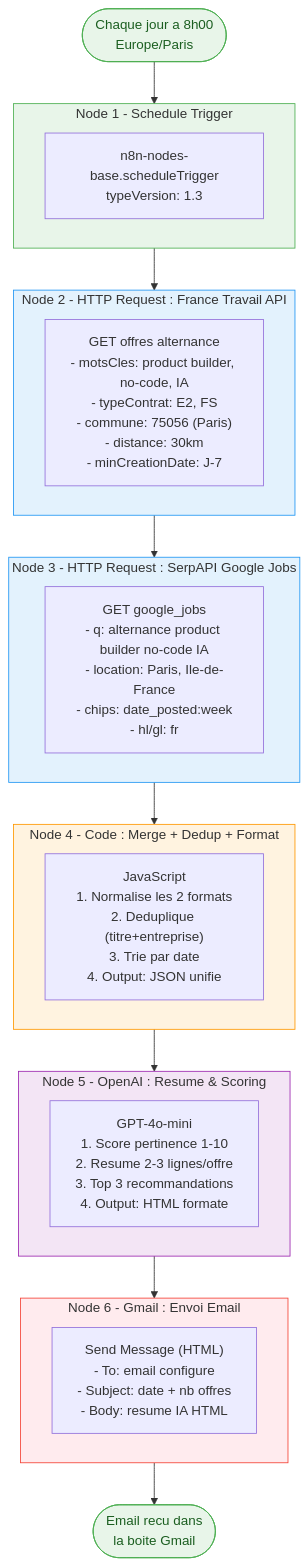
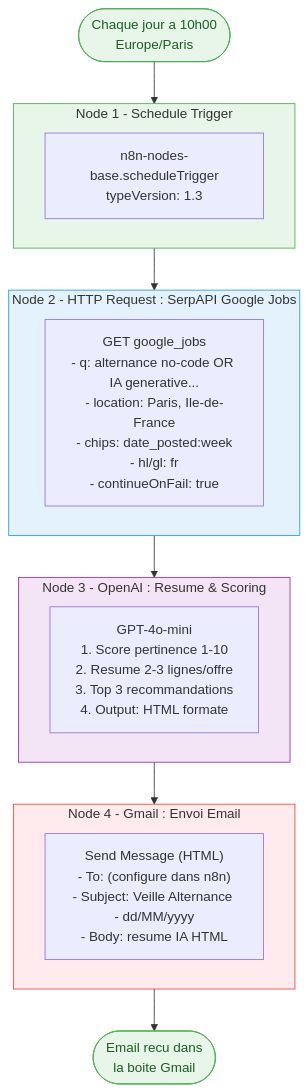
The first of 2 diagrams in WORKFLOW-DOC.md (Paul-Antoine/job-scraper), drawn with Mermaid before and after one commit. The commit also changed other lines of this file and 2 other files, not shown here.

````diff
--- a/WORKFLOW-DOC.md
+++ b/WORKFLOW-DOC.md
@@ -13,57 +17,41 @@
 ```mermaid
 flowchart TD
-    START(["Chaque jour a 8h00\nEurope/Paris"])
+    START(["Chaque jour a 10h00\nEurope/Paris"])
 
     START --> TRIGGER
 
     subgraph TRIGGER ["Node 1 - Schedule Trigger"]
         direction LR
         T1["n8n-nodes-base.scheduleTrigger\ntypeVersion: 1.3"]
     end
 
-    TRIGGER --> FT
+    TRIGGER --> SERP
 
-    subgraph FT ["Node 2 - HTTP Request : France Travail API"]
+    subgraph SERP ["Node 2 - HTTP Request : SerpAPI Google Jobs"]
         direction LR
-        FT1["GET offres alternance\n- motsCles: product builder, no-code, IA\n- typeContrat: E2, FS\n- commune: 75056 (Paris)\n- distance: 30km\n- minCreationDate: J-7"]
+        S1["GET google_jobs\n- q: alternance no-code OR IA generative...\n- location: Paris, Ile-de-France\n- chips: date_posted:week\n- hl/gl: fr\n- continueOnFail: true"]
     end
 
-    FT --> SERP
+    SERP --> AI
 
-    subgraph SERP ["Node 3 - HTTP Request : SerpAPI Google Jobs"]
-        direction LR
-        S1["GET google_jobs\n- q: alternance product builder no-code IA\n- location: Paris, Ile-de-France\n- chips: date_posted:week\n- hl/gl: fr"]
-    end
-
-    SERP --> CODE
-
-    subgraph CODE ["Node 4 - Code : Merge + Dedup + Format"]
-        direction LR
-        C1["JavaScript\n1. Normalise les 2 formats\n2. Deduplique (titre+entreprise)\n3. Trie par date\n4. Output: JSON unifie"]
-    end
-
-    CODE --> AI
-
-    subgraph AI ["Node 5 - OpenAI : Resume & Scoring"]
+    subgraph AI ["Node 3 - OpenAI : Resume & Scoring"]
         direction LR
         A1["GPT-4o-mini\n1. Score pertinence 1-10\n2. Resume 2-3 lignes/offre\n3. Top 3 recommandations\n4. Output: HTML formate"]
     end
 
     AI --> MAIL
 
-    subgraph MAIL ["Node 6 - Gmail : Envoi Email"]
+    subgraph MAIL ["Node 4 - Gmail : Envoi Email"]
         direction LR
-        M1["Send Message (HTML)\n- To: email configure\n- Subject: date + nb offres\n- Body: resume IA HTML"]
+        M1["Send Message (HTML)\n- To: (configure dans n8n)\n- Subject: Veille Alternance - dd/MM/yyyy\n- Body: resume IA HTML"]
     end
 
     MAIL --> DONE(["Email recu dans\nla boite Gmail"])
 
     style START fill:#E8F5E9,stroke:#4CAF50,color:#1B5E20
     style TRIGGER fill:#E8F5E9,stroke:#4CAF50
-    style FT fill:#E3F2FD,stroke:#2196F3
     style SERP fill:#E3F2FD,stroke:#2196F3
-    style CODE fill:#FFF3E0,stroke:#FF9800
     style AI fill:#F3E5F5,stroke:#9C27B0
     style MAIL fill:#FFEBEE,stroke:#F44336
     style DONE fill:#E8F5E9,stroke:#4CAF50,color:#1B5E20
 ```
````
